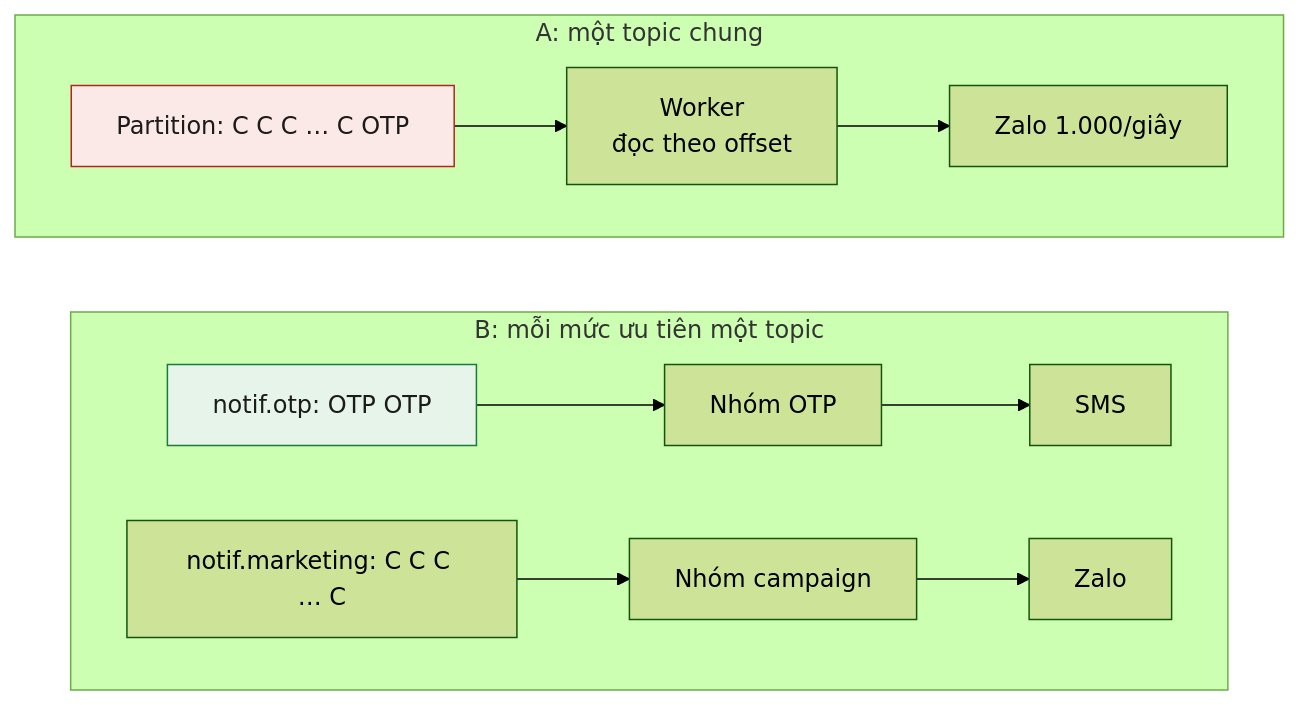
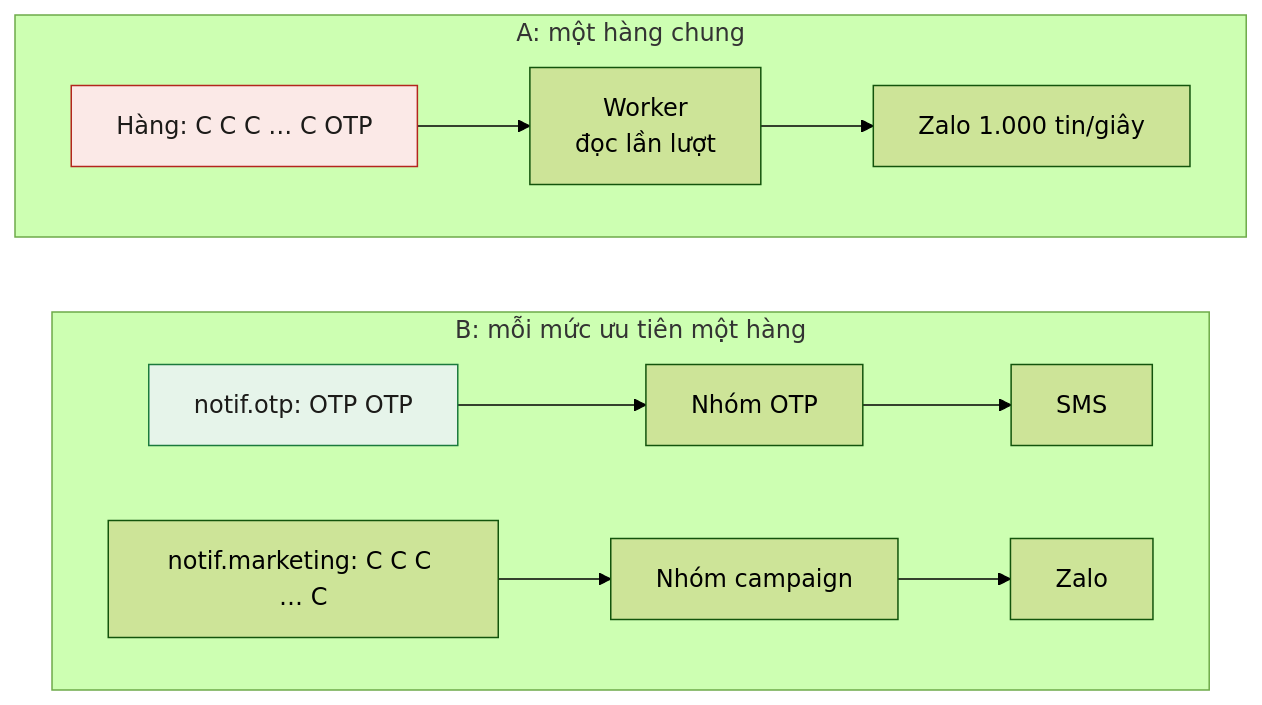
One commit to hainguyen85/kafka-study changed the third of 9 diagrams in lessons/0017-notification-hub.md. Above: the diagram before and after it, drawn with Mermaid (forest theme). The commit also changed other lines of this file and 11 other files, not shown here.

````diff
--- a/lessons/0017-notification-hub.md
+++ b/lessons/0017-notification-hub.md
@@ -126,17 +129,17 @@
 ```mermaid
 flowchart TB
-subgraph A["A: một topic chung"]
+subgraph A["A: một hàng chung"]
 direction LR
-qa["Partition: C C C … C OTP"] --> wa["Worker<br/>đọc theo offset"] --> za["Zalo 1.000/giây"]
+qa["Hàng: C C C … C OTP"] --> wa["Worker<br/>đọc lần lượt"] --> za["Zalo 1.000 tin/giây"]
 end
-subgraph B["B: mỗi mức ưu tiên một topic"]
+subgraph B["B: mỗi mức ưu tiên một hàng"]
 direction LR
 qb1["notif.otp: OTP OTP"] --> wb1["Nhóm OTP"] --> sb["SMS"]
 qb2["notif.marketing: C C C … C"] --> wb2["Nhóm campaign"] --> zb["Zalo"]
 end
 A ~~~ B
 class qa bad
 class qb1 ok
 classDef bad fill:#fbe9e7,stroke:#b3261e,color:#1c1b19
 classDef ok fill:#e6f4ea,stroke:#1b7a3d,color:#1c1b19
 ```
````
